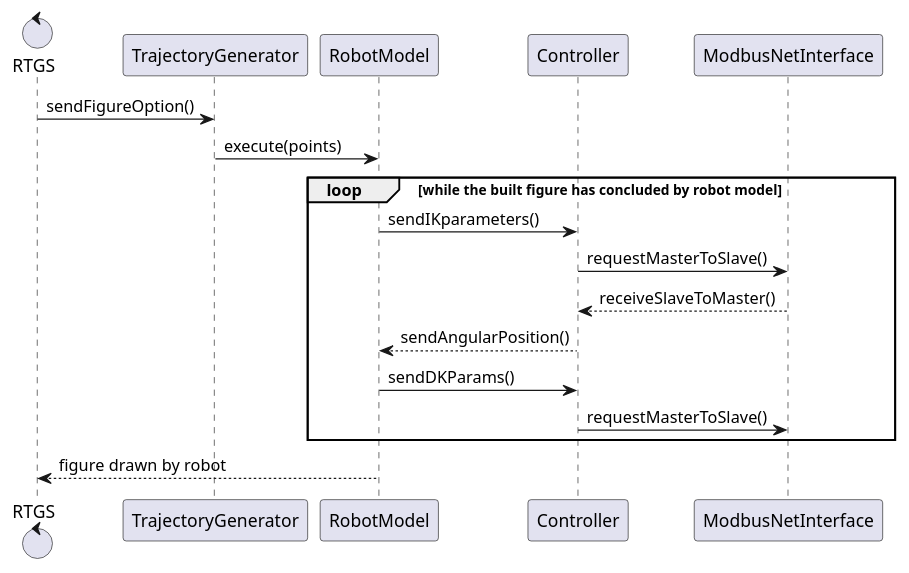
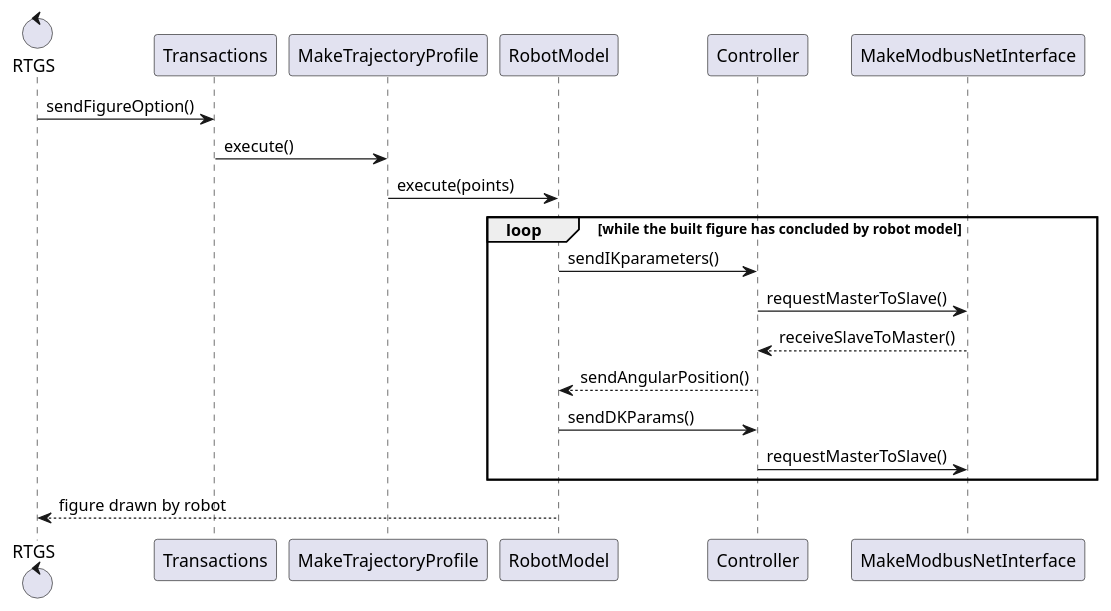
The diagram in SDTRAnsactionOfRobot.plantuml (MarcioFreitasUFSC21/RTGS-Master-Course-System), drawn with PlantUML before and after one commit. The commit also changed 8 other files, not shown here.

```diff
--- a/SDTRAnsactionOfRobot.plantuml
+++ b/SDTRAnsactionOfRobot.plantuml
@@ -1,14 +1,15 @@
 @startuml
 control RTGS as Foo3
-Foo3 -> TrajectoryGenerator: sendFigureOption()
-TrajectoryGenerator -> RobotModel:execute(points)
+Foo3 -> Transactions: sendFigureOption()
+Transactions -> MakeTrajectoryProfile:execute()
+MakeTrajectoryProfile -> RobotModel:execute(points)
  loop while the built figure has concluded by robot model
        RobotModel ->Controller:sendIKparameters()
-       Controller -> ModbusNetInterface:requestMasterToSlave()
-       ModbusNetInterface -->Controller:receiveSlaveToMaster()
+       Controller -> MakeModbusNetInterface:requestMasterToSlave()
+       MakeModbusNetInterface -->Controller:receiveSlaveToMaster()
        Controller --> RobotModel: sendAngularPosition()
        RobotModel ->Controller:sendDKParams()
-       Controller ->ModbusNetInterface: requestMasterToSlave()
+       Controller ->MakeModbusNetInterface: requestMasterToSlave()
     end
 RobotModel -->Foo3: figure drawn by robot
 @enduml
```
